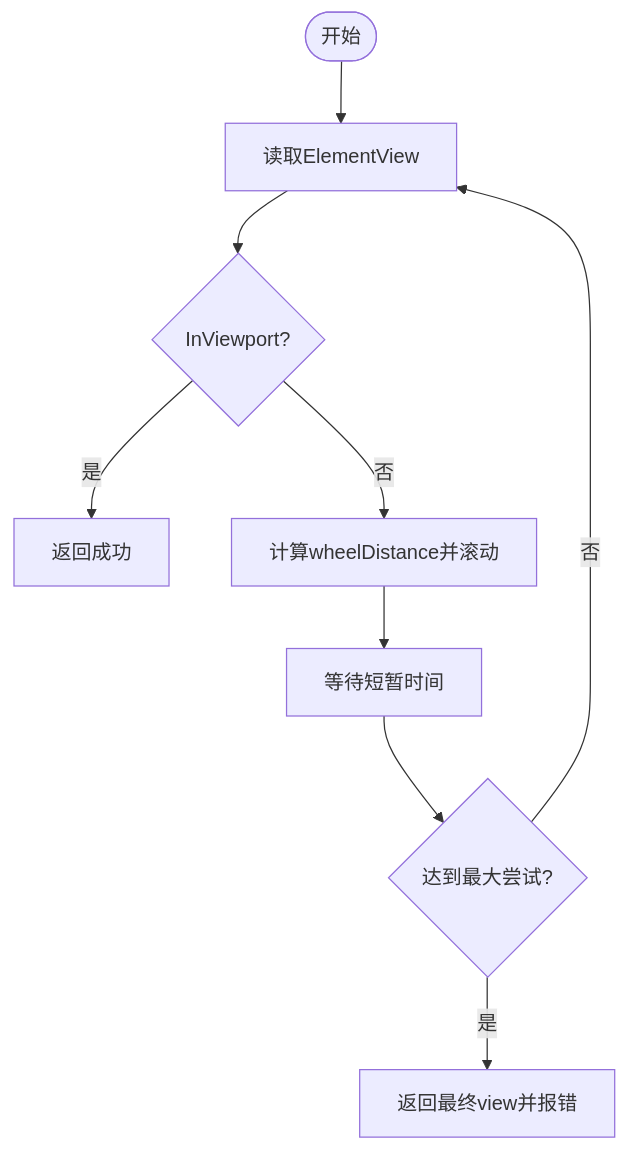
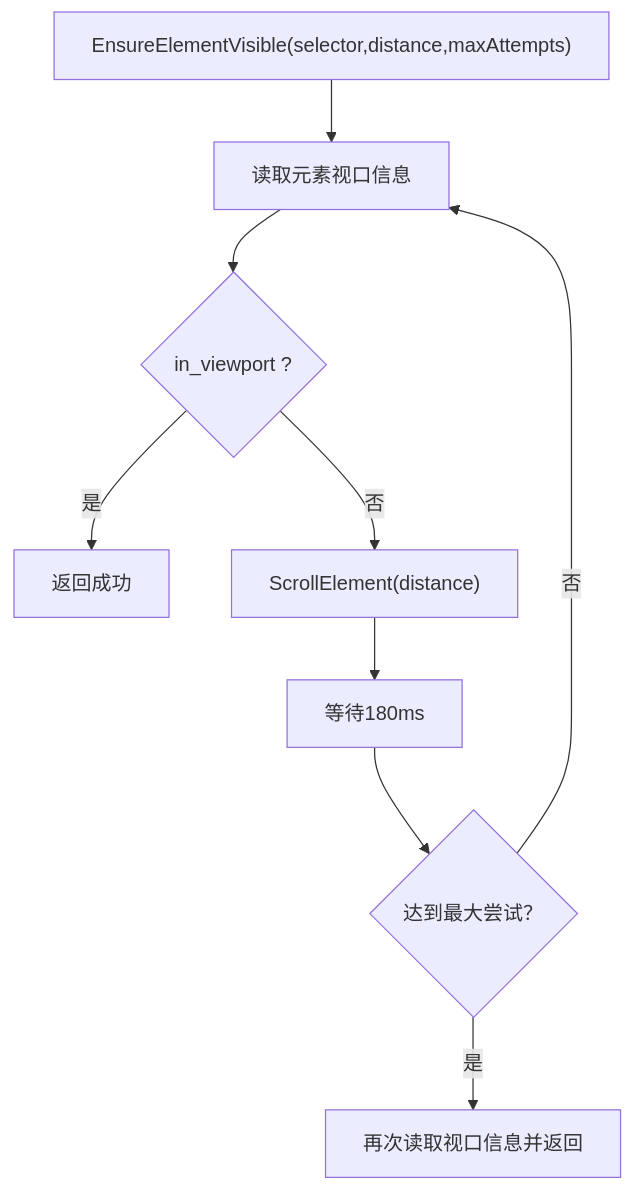
Before and after one commit to alvinwangzi/goodhr: the seventh of 8 diagrams in .qoder/repowiki/zh/content/本地执行器/浏览器自动化/浏览器控制器/元素操作封装.md, drawn with Mermaid. The commit also changed other lines of this file and 149 other files, not shown here.

````diff
--- a/.qoder/repowiki/zh/content/本地执行器/浏览器自动化/浏览器控制器/元素操作封装.md
+++ b/.qoder/repowiki/zh/content/本地执行器/浏览器自动化/浏览器控制器/元素操作封装.md
@@ -261,11 +284,11 @@
 ```mermaid
 flowchart TD
-S(["开始"]) --> V["读取ElementView"]
-V --> Check{"InViewport?"}
-Check -- 是 --> Done["返回成功"]
-Check -- 否 --> Wheel["计算wheelDistance并滚动"]
-Wheel --> Wait["等待短暂时间"]
-Wait --> Retry{"达到最大尝试?"}
-Retry -- 否 --> V
-Retry -- 是 --> Fail["返回最终view并报错"]
+S["EnsureElementVisible(selector,distance,maxAttempts)"] --> V["读取元素视口信息"]
+V --> Check{"in_viewport ?"}
+Check --> |是| Done["返回成功"]
+Check --> |否| Wheel["ScrollElement(distance)"]
+Wheel --> Wait["等待180ms"]
+Wait --> Loop{"达到最大尝试？"}
+Loop --> |否| V
+Loop --> |是| Final["再次读取视口信息并返回"]
 ```
````
